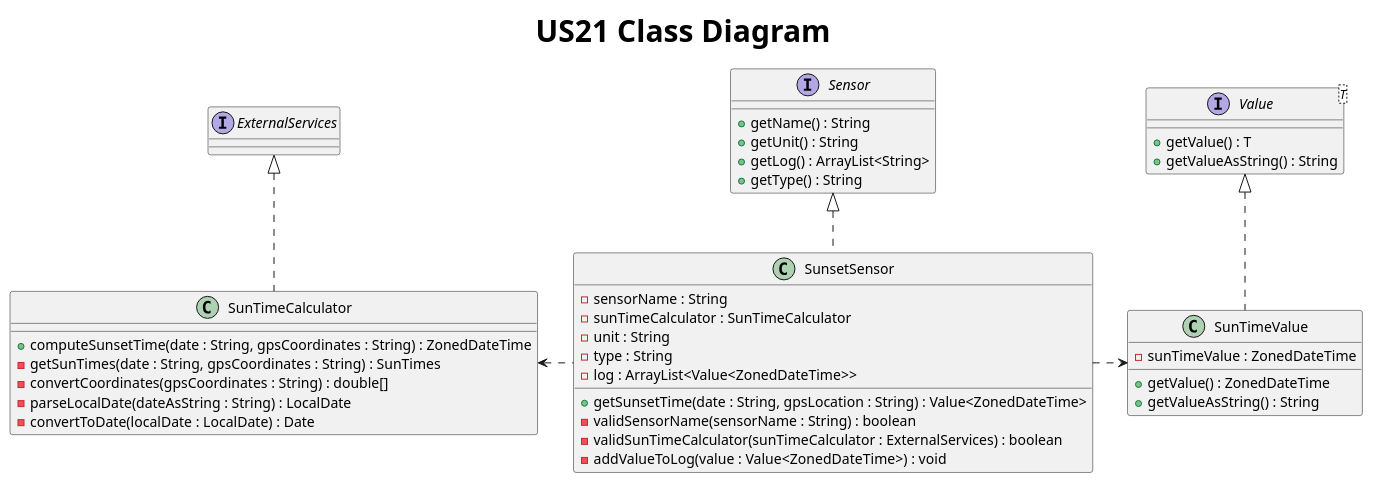
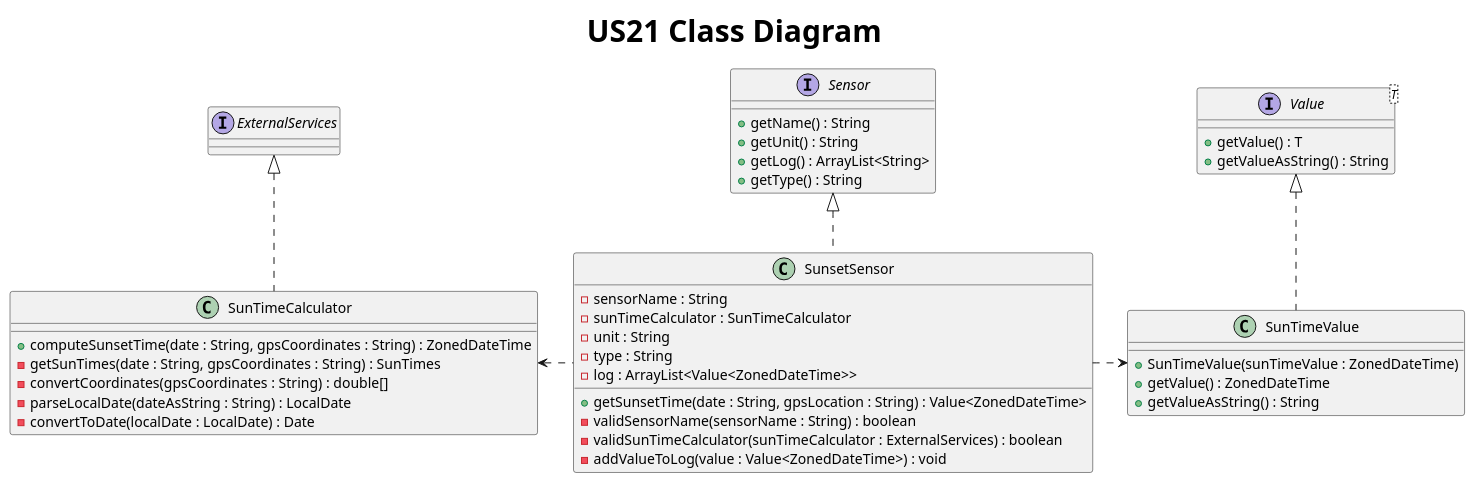
One commit to AfonsoNeves77/smartHouse changed the diagram in Docs/US21/S3US21ClassDiagram.puml. Above: the diagram before and after it, drawn with PlantUML. The commit also changed 11 other files, not shown here.

Commit message:
Team review : Updated ClassDiagrams for sensors classes.

```diff
--- a/Docs/US21/S3US21ClassDiagram.puml
+++ b/Docs/US21/S3US21ClassDiagram.puml
@@ -1,55 +1,55 @@
 @startuml
 title <size: 30> US21 Class Diagram
 
 '...........REQUIRES VALIDATION !!!!!!!!!!!!'
 
 interface Sensor {
     + getName() : String
     + getUnit() : String
     + getLog() : ArrayList<String>
     + getType() : String
 }
 
 interface Value<T> {
     + getValue() : T
     + getValueAsString() : String
 }
 
 interface ExternalServices {
 
 }
 
 class SunsetSensor{
     - sensorName : String
     - sunTimeCalculator : SunTimeCalculator
     - unit : String
     - type : String
     - log : ArrayList<Value<ZonedDateTime>>
 
     + getSunsetTime(date : String, gpsLocation : String) : Value<ZonedDateTime>
     - validSensorName(sensorName : String) : boolean
     - validSunTimeCalculator(sunTimeCalculator : ExternalServices) : boolean
     - addValueToLog(value : Value<ZonedDateTime>) : void
 }
 
 class SunTimeValue {
-    - sunTimeValue : ZonedDateTime
+    + SunTimeValue(sunTimeValue : ZonedDateTime)
     + getValue() : ZonedDateTime
     + getValueAsString() : String
 }
 
 class SunTimeCalculator {
     + computeSunsetTime(date : String, gpsCoordinates : String) : ZonedDateTime
     - getSunTimes(date : String, gpsCoordinates : String) : SunTimes
     - convertCoordinates(gpsCoordinates : String) : double[]
     - parseLocalDate(dateAsString : String) : LocalDate
     - convertToDate(localDate : LocalDate) : Date
 }
 
 Value <|.. SunTimeValue
 Sensor <|.. SunsetSensor
 ExternalServices <|.. SunTimeCalculator
 SunsetSensor .left.> SunTimeCalculator
 SunsetSensor .right.> SunTimeValue
 
 @enduml
```
